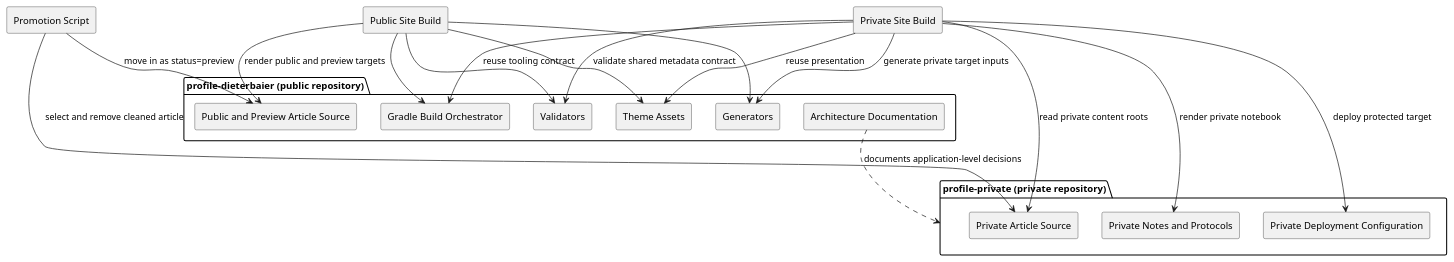
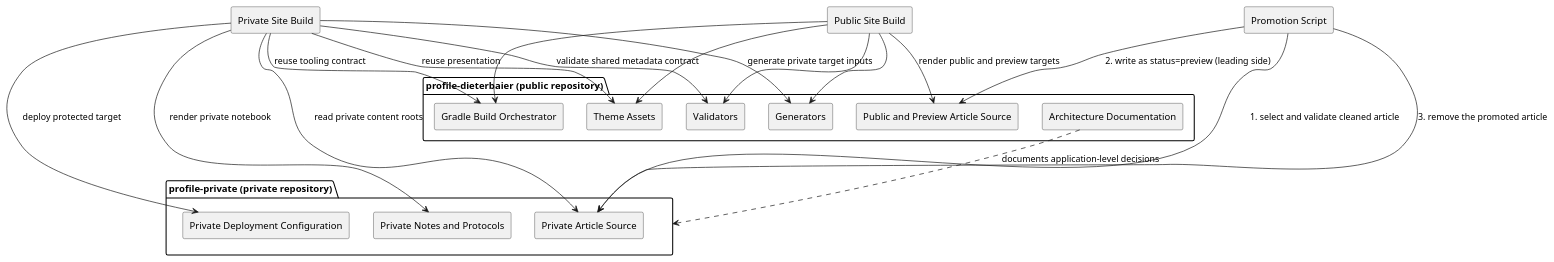
Before and after one commit to dieterbaier/profile: the diagram in src-content/docs/arc42/09-architecture-decisions/adr-009-private-repository-integration.adoc, drawn with PlantUML. The commit also changed other lines of this file and 1 other file, not shown here.

First line of the commit message:
issue_80: Describe promotion as a saga, not an atomic move

```diff
--- a/src-content/docs/arc42/09-architecture-decisions/adr-009-private-repository-integration.adoc
+++ b/src-content/docs/arc42/09-architecture-decisions/adr-009-private-repository-integration.adoc
@@ -63,44 +65,45 @@
 [plantuml]
 ----
 @startuml
 skinparam componentStyle rectangle
 
 package "profile-dieterbaier (public repository)" as PublicRepo {
   component "Architecture Documentation" as ArchitectureDocs
   component "Gradle Build Orchestrator" as Gradle
   component "Validators" as Validators
   component "Generators" as Generators
   component "Theme Assets" as Theme
   component "Public and Preview Article Source" as PublicArticles
 }
 
 package "profile-private (private repository)" as PrivateRepo {
   component "Private Article Source" as PrivateArticles
   component "Private Notes and Protocols" as PrivateNotes
   component "Private Deployment Configuration" as PrivateDeployConfig
 }
 
 component "Private Site Build" as PrivateBuild
 component "Promotion Script" as Promotion
 component "Public Site Build" as PublicBuild
 
 PrivateBuild --> PrivateArticles : read private content roots
 PrivateBuild --> PrivateNotes : render private notebook
 PrivateBuild --> Gradle : reuse tooling contract
 PrivateBuild --> Validators : validate shared metadata contract
 PrivateBuild --> Generators : generate private target inputs
 PrivateBuild --> Theme : reuse presentation
 PrivateBuild --> PrivateDeployConfig : deploy protected target
 
-Promotion --> PrivateArticles : select and remove cleaned article
-Promotion --> PublicArticles : move in as status=preview
+Promotion --> PrivateArticles : 1. select and validate cleaned article
+Promotion --> PublicArticles : 2. write as status=preview (leading side)
+Promotion --> PrivateArticles : 3. remove the promoted article
 
 PublicBuild --> PublicArticles : render public and preview targets
 PublicBuild --> Gradle
 PublicBuild --> Validators
 PublicBuild --> Generators
 PublicBuild --> Theme
 
 ArchitectureDocs ..> PrivateRepo : documents application-level decisions
 @enduml
 ----
```
